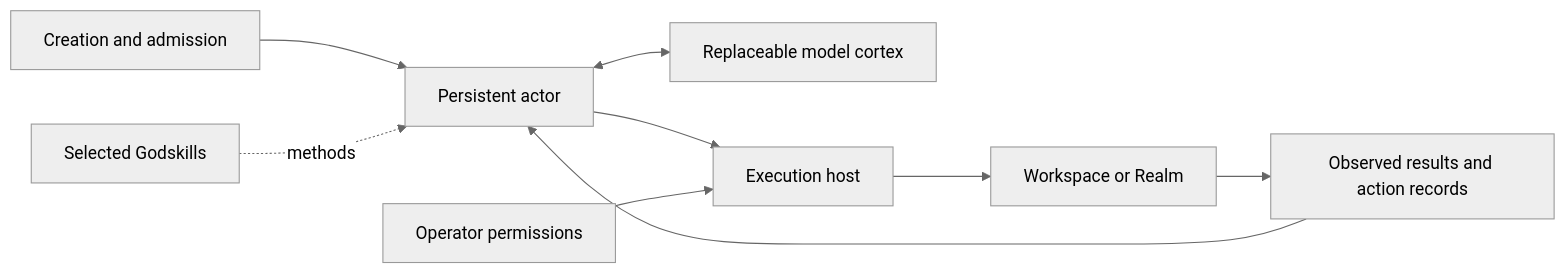
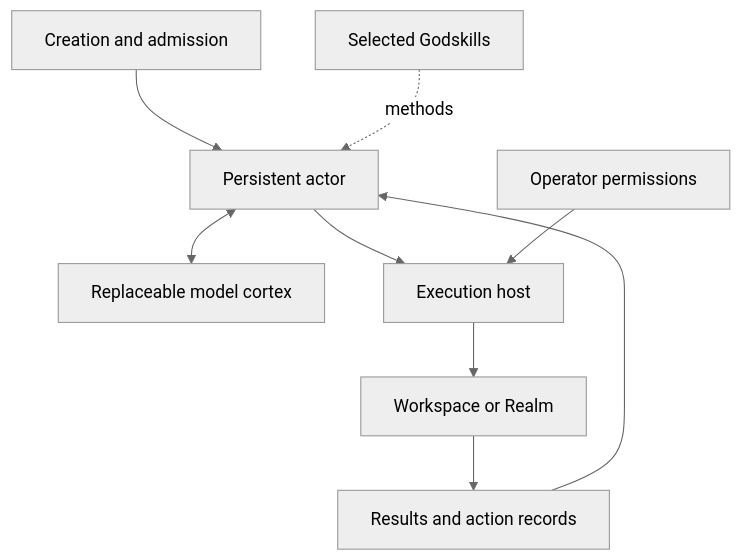
The diagram in README.md (xnuonux/eternities-godagents), drawn with Mermaid (neutral theme) before and after one commit. The commit also changed other lines of this file and 4 other files, not shown here.

````diff
--- a/README.md
+++ b/README.md
@@ -61,11 +61,11 @@
 ```mermaid
-flowchart LR
+flowchart TB
     Creation[Creation and admission] --> Actor[Persistent actor]
     Actor <--> Cortex[Replaceable model cortex]
     Skills[Selected Godskills] -. methods .-> Actor
     Actor --> Host[Execution host]
     Policy[Operator permissions] --> Host
     Host --> Realm[Workspace or Realm]
-    Realm --> Evidence[Observed results and action records]
+    Realm --> Evidence[Results and action records]
     Evidence --> Actor
 ```
````
